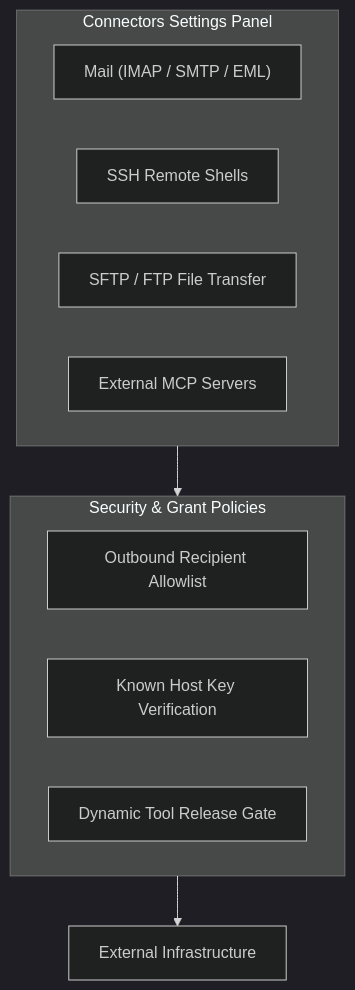
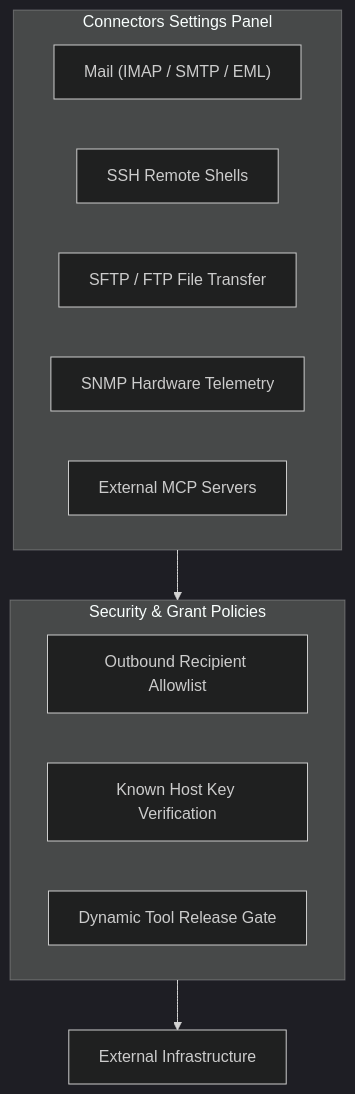
One commit to joelaniol/nova changed the diagram in docs/user-guide/settings/connectors.md. Above: the diagram before and after it, drawn with Mermaid (dark theme). The commit also changed other lines of this file and 35 other files, not shown here.

Commit message:
docs: core features architecture guides, user guides, connectors, and changelog update

````diff
--- a/docs/user-guide/settings/connectors.md
+++ b/docs/user-guide/settings/connectors.md
@@ -14,18 +14,19 @@
 ```mermaid
 flowchart TD
     subgraph ConnectorsPanel ["Connectors Settings Panel"]
         Mail["Mail (IMAP / SMTP / EML)"]
         SSH["SSH Remote Shells"]
         SFTP["SFTP / FTP File Transfer"]
+        SNMP["SNMP Hardware Telemetry"]
         ExtMCP["External MCP Servers"]
     end
 
     subgraph SecurityGates ["Security & Grant Policies"]
         RecipientList["Outbound Recipient Allowlist"]
         HostKeys["Known Host Key Verification"]
         ToolRelease["Dynamic Tool Release Gate"]
     end
 
     ConnectorsPanel --> SecurityGates
     SecurityGates --> ExternalWorld["External Infrastructure"]
 ```
````
